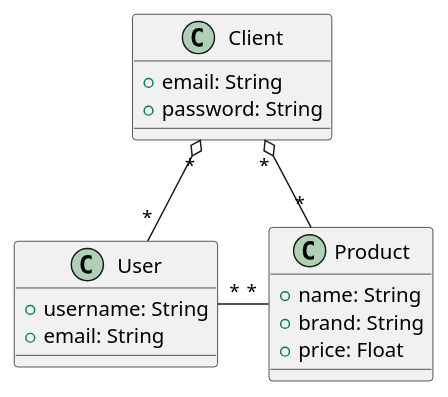
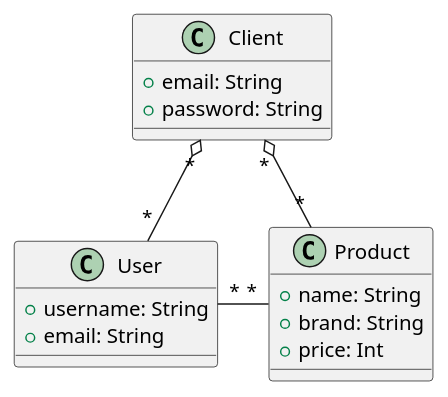
The diagram in diagrams/plantuml/classes.puml (leomoille/BilmoAPI), drawn with PlantUML before and after one commit. The commit also changed 1 other file, not shown here.

```diff
--- a/diagrams/plantuml/classes.puml
+++ b/diagrams/plantuml/classes.puml
@@ -1,23 +1,23 @@
 @startuml
 'https://plantuml.com/class-diagram
 
 class User {
     + username: String
     + email: String
 }
 class Client {
     + email: String
     + password: String
 }
 class Product {
     + name: String
     + brand: String
-    + price: Float
+    + price: Int
 }
 
 Client "*" o- "*" User
 Client "*" o-- "*" Product
 User "*" - "*" Product
 
 
 @enduml
```
